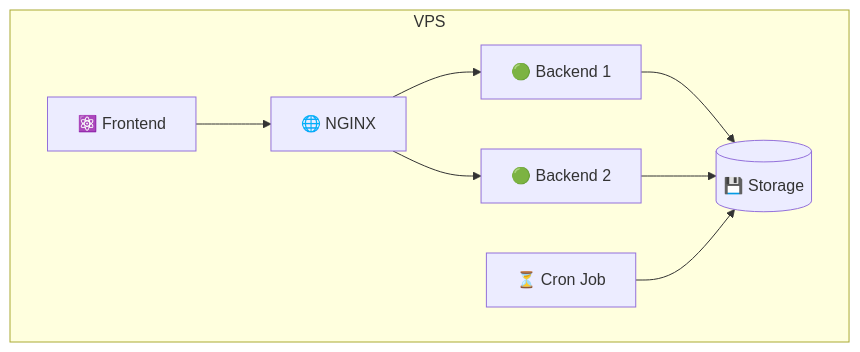
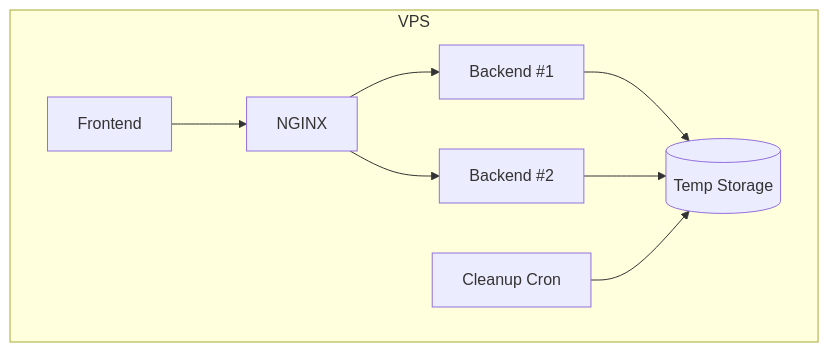
Before and after one commit to AtulYadavCodes/Bytesend: the second of 3 diagrams in README.md, drawn with Mermaid. The commit also changed other lines of this file, not shown here.

Commit message:
readme updated mermaid diagrams

````diff
--- a/README.md
+++ b/README.md
@@ -60,18 +58,18 @@
 ```mermaid
 flowchart TB
     subgraph VPS
-        NGINX[🌐 NGINX]
-        FE[⚛️ Frontend]
-        BE1[🟢 Backend 1]
-        BE2[🟢 Backend 2]
-        STORAGE[(💾 Storage)]
-        CRON[⏳ Cron Job]
+        NGINX[NGINX]
+        FRONTEND[Frontend]
+        BACKEND1[Backend #1]
+        BACKEND2[Backend #2]
+        STORAGE[(Temp Storage)]
+        CRON[Cleanup Cron]
     end
 
-    FE --> NGINX
-    NGINX --> BE1
-    NGINX --> BE2
-    BE1 --> STORAGE
-    BE2 --> STORAGE
+    FRONTEND --> NGINX
+    NGINX --> BACKEND1
+    NGINX --> BACKEND2
+    BACKEND1 --> STORAGE
+    BACKEND2 --> STORAGE
     CRON --> STORAGE
 ```
````
